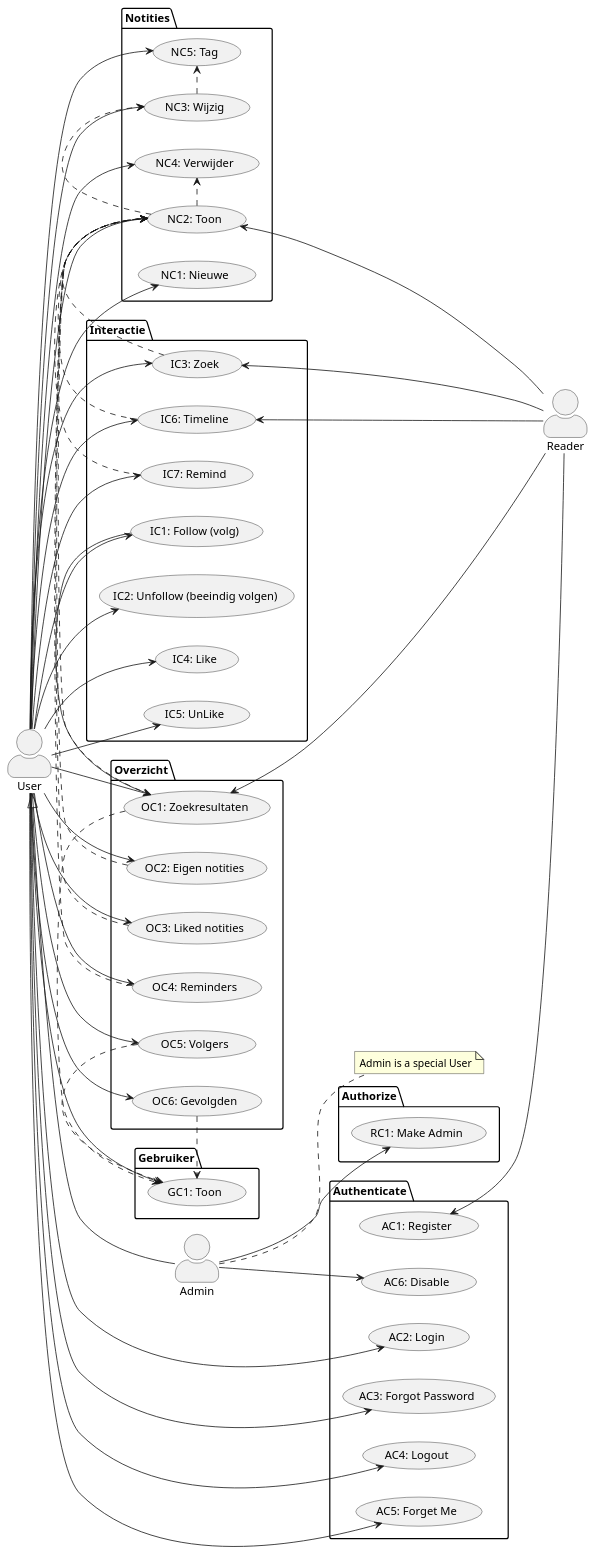
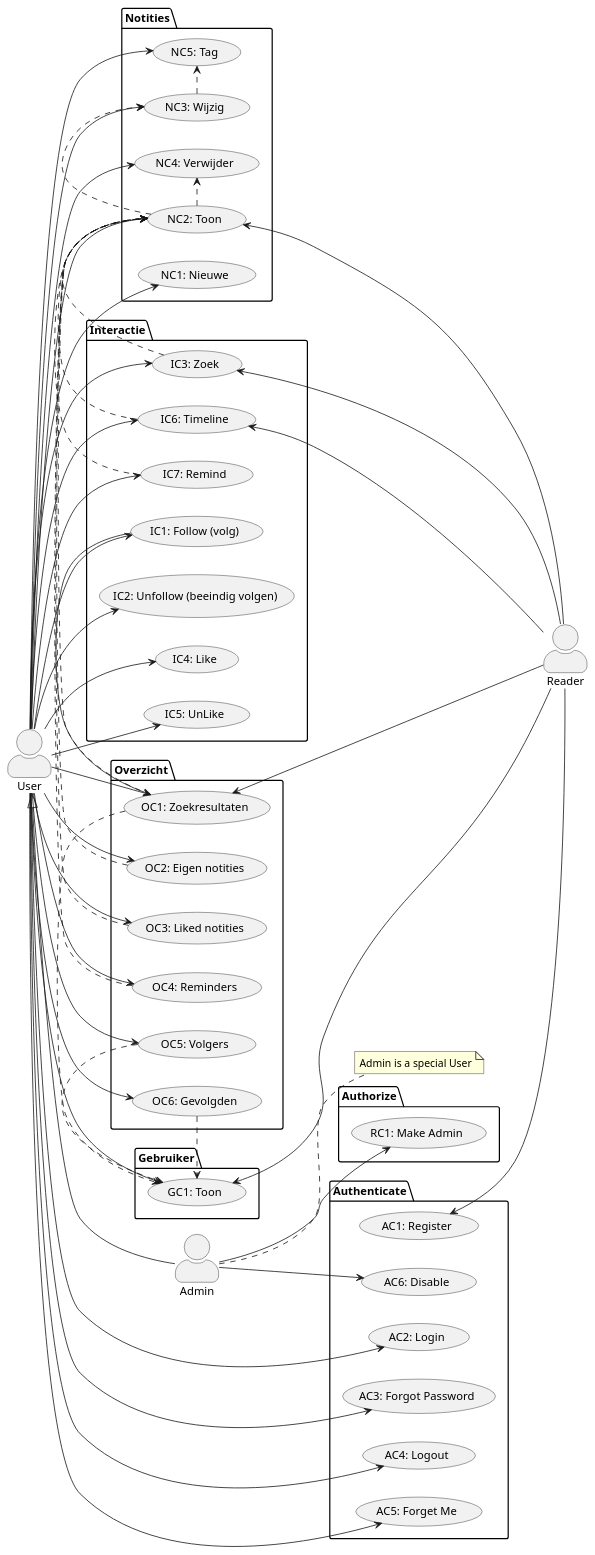
Before and after one commit to jvorhauer/noviaal: the diagram in documentatie/FO/use-cases.puml, drawn with PlantUML. The commit also changed 8 other files, not shown here.

```diff
--- a/documentatie/FO/use-cases.puml
+++ b/documentatie/FO/use-cases.puml
@@ -1,114 +1,115 @@
 @startuml use-cases
 
 skinparam actorStyle awesome
 
 left to right direction
 
 actor User as u
 actor Admin as a
 actor Reader as r
 
 note right of a : Admin is a special User
 
 u <|-- a
 
 package Authenticate {
   usecase "AC1: Register" as AC1
   usecase "AC2: Login" as AC2
   usecase "AC3: Forgot Password" as AC3
   usecase "AC4: Logout" as AC4
   usecase "AC5: Forget Me" as AC5
   usecase "AC6: Disable" as AC6
 }
 
 u --> AC2
 u --> AC3
 u --> AC4
 u --> AC5
 AC1 <-- r
 a --> AC6
 
 package Gebruiker {
   usecase "GC1: Toon" as GC1
 }
 
 u --> GC1
+GC1 <-- r
 
 package Authorize {
   usecase "RC1: Make Admin" as RC1
 }
 
 a --> RC1
 
 package Notities {
   usecase "NC1: Nieuwe" as NC1
   usecase "NC2: Toon" as NC2
   usecase "NC3: Wijzig" as NC3
   usecase "NC4: Verwijder" as NC4
   usecase "NC5: Tag" as NC5
 }
 
 u --> NC1
 u --> NC2
 u --> NC3
 u --> NC4
 u --> NC5
 NC2 .> NC3
 NC2 .> NC4
 NC3 .> NC5
 
 NC2 <-- r
 
 package Interactie {
   usecase "IC1: Follow (volg)" as IC1
   usecase "IC2: Unfollow (beeindig volgen)" as IC2
   usecase "IC3: Zoek" as IC3
   usecase "IC4: Like" as IC4
   usecase "IC5: UnLike" as IC5
   usecase "IC6: Timeline" as IC6
   usecase "IC7: Remind" as IC7
 }
 
 u --> IC1
 u --> IC2
 u --> IC3
 u --> IC4
 u --> IC5
 u --> IC6
 u --> IC7
 
 IC3 .> NC2
 IC6 .> NC2
 IC7 .> NC2
 
 IC3 <-- r
 IC6 <-- r
 
 package Overzicht {
   usecase "OC1: Zoekresultaten" as OC1
   usecase "OC2: Eigen notities" as OC2
   usecase "OC3: Liked notities" as OC3
   usecase "OC4: Reminders" as OC4
   usecase "OC5: Volgers" as OC5
   usecase "OC6: Gevolgden" as OC6
 }
 
 u --> OC1
 u --> OC2
 u --> OC3
 u --> OC4
 u --> OC5
 u --> OC6
 
 OC1 <-- r
 
 IC1 --> OC1
 OC1 .> NC2
 OC1 .> GC1
 OC2 .> NC2
 OC3 .> NC2
 OC4 .> NC2
 OC5 .> GC1
 OC6 .> GC1
 
 @enduml
```
